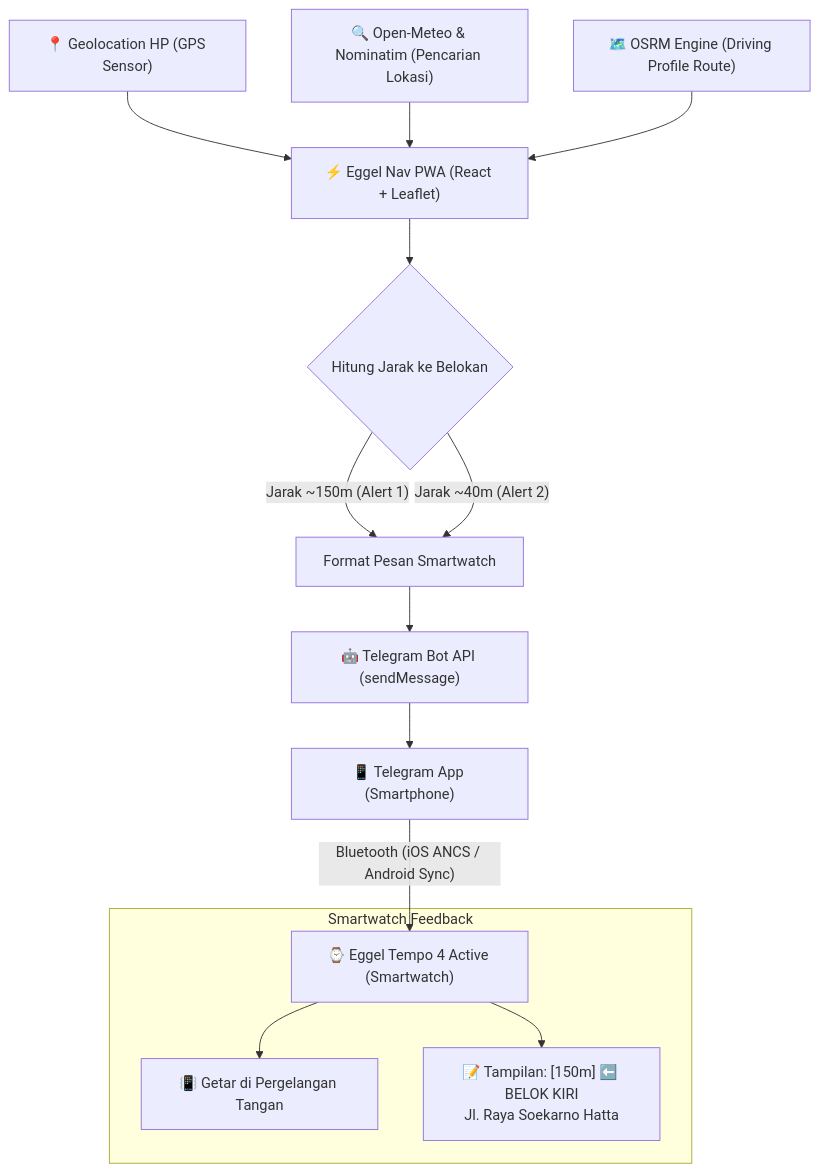
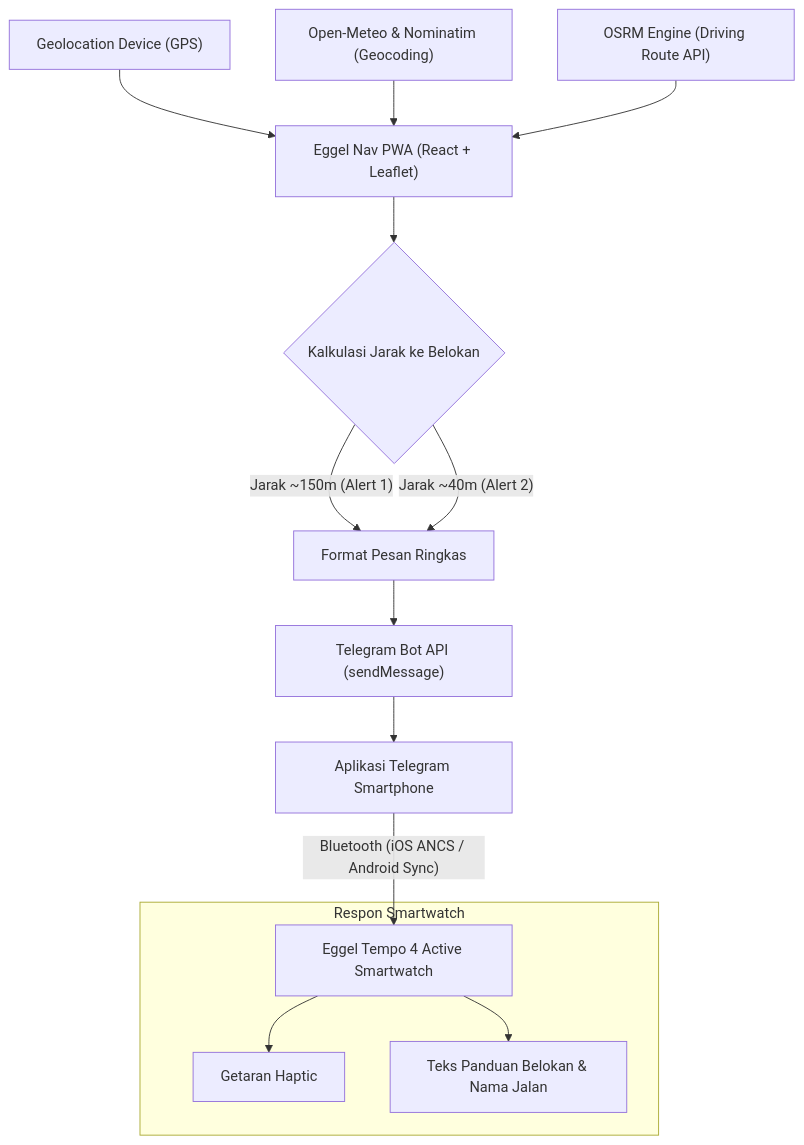
The diagram in README.md (NaufalPratomo/eggel-nav), drawn with Mermaid before and after one commit. The commit also changed other lines of this file, not shown here.

````diff
--- a/README.md
+++ b/README.md
@@ -44,19 +44,19 @@
 ```mermaid
 flowchart TD
-    A["📍 Geolocation HP (GPS Sensor)"] --> B["⚡ Eggel Nav PWA (React + Leaflet)"]
-    C["🔍 Open-Meteo & Nominatim (Pencarian Lokasi)"] --> B
-    D["🗺️ OSRM Engine (Driving Profile Route)"] --> B
+    A["Geolocation Device (GPS)"] --> B["Eggel Nav PWA (React + Leaflet)"]
+    C["Open-Meteo & Nominatim (Geocoding)"] --> B
+    D["OSRM Engine (Driving Route API)"] --> B
     
-    B --> E{"Hitung Jarak ke Belokan"}
-    E -- "Jarak ~150m (Alert 1)" --> F["Format Pesan Smartwatch"]
+    B --> E{"Kalkulasi Jarak ke Belokan"}
+    E -- "Jarak ~150m (Alert 1)" --> F["Format Pesan Ringkas"]
     E -- "Jarak ~40m (Alert 2)" --> F
     
-    F --> G["🤖 Telegram Bot API (sendMessage)"]
-    G --> H["📱 Telegram App (Smartphone)"]
-    H -- "Bluetooth (iOS ANCS / Android Sync)" --> I["⌚ Eggel Tempo 4 Active (Smartwatch)"]
+    F --> G["Telegram Bot API (sendMessage)"]
+    G --> H["Aplikasi Telegram Smartphone"]
+    H -- "Bluetooth (iOS ANCS / Android Sync)" --> I["Eggel Tempo 4 Active Smartwatch"]
     
-    subgraph Smartwatch Feedback
-    I --> J["📳 Getar di Pergelangan Tangan"]
-    I --> K["📝 Tampilan: [150m] ⬅️ BELOK KIRI\nJl. Raya Soekarno Hatta"]
+    subgraph Respon Smartwatch
+    I --> J["Getaran Haptic"]
+    I --> K["Teks Panduan Belokan & Nama Jalan"]
     end
 ```
````
